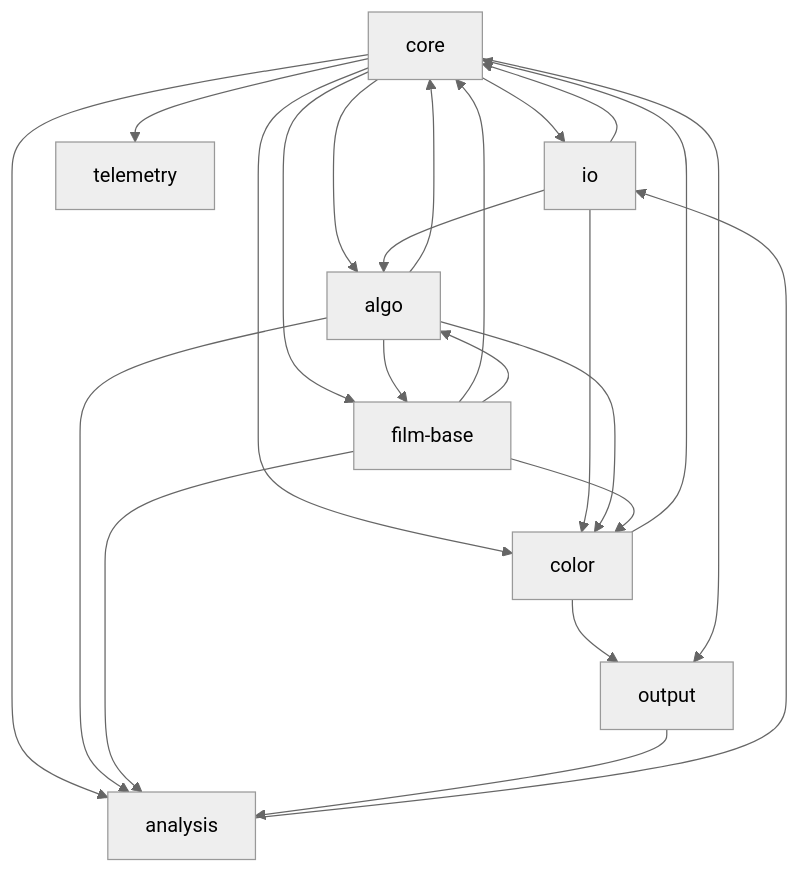
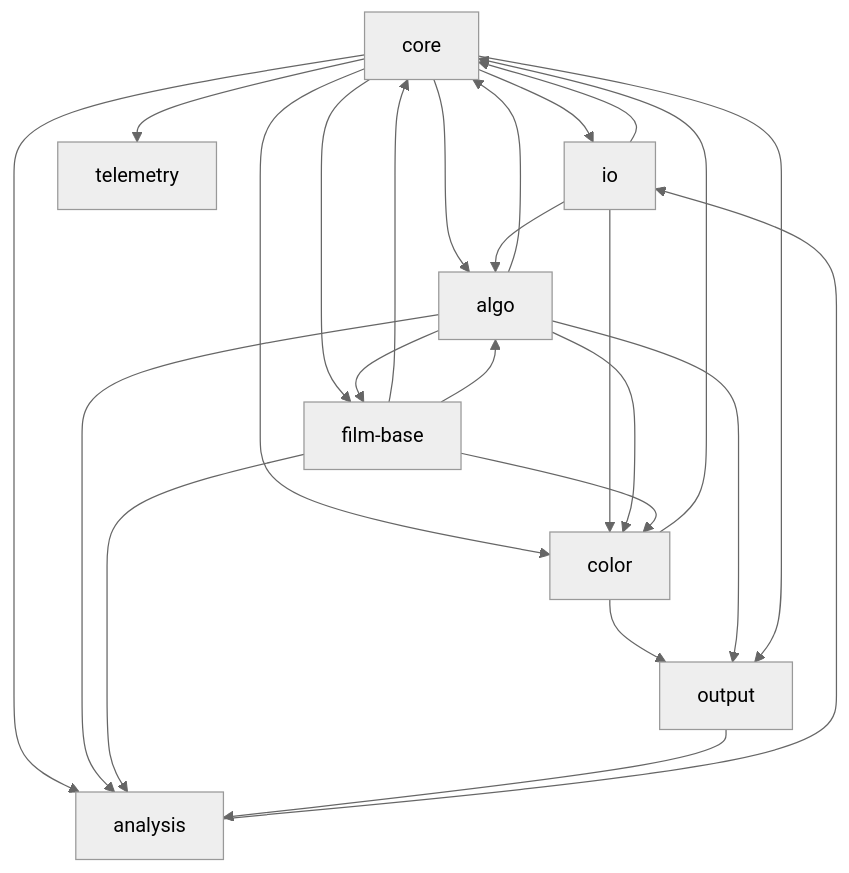
One commit to lix42/negative-converter changed the first of 2 diagrams in docs/TASKS.md. Above: the diagram before and after it, drawn with Mermaid (neutral theme). The commit also changed other lines of this file and 7 other files, not shown here.

````diff
--- a/docs/TASKS.md
+++ b/docs/TASKS.md
@@ -81,33 +86,34 @@
 ```mermaid
 graph TD
   core
   io
   film-base
   algo
   color
   output
   telemetry
   analysis
   core --> io
   core --> color
   core --> film-base
   core --> algo
   io --> core
   color --> core
   film-base --> core
   algo --> core
   analysis --> io
   core --> analysis
   core --> telemetry
   algo --> analysis
   film-base --> analysis
   algo --> film-base
   io --> color
   io --> algo
   film-base --> algo
   algo --> color
   film-base --> color
   color --> output
+  algo --> output
   core --> output
   output --> analysis
 ```
````
